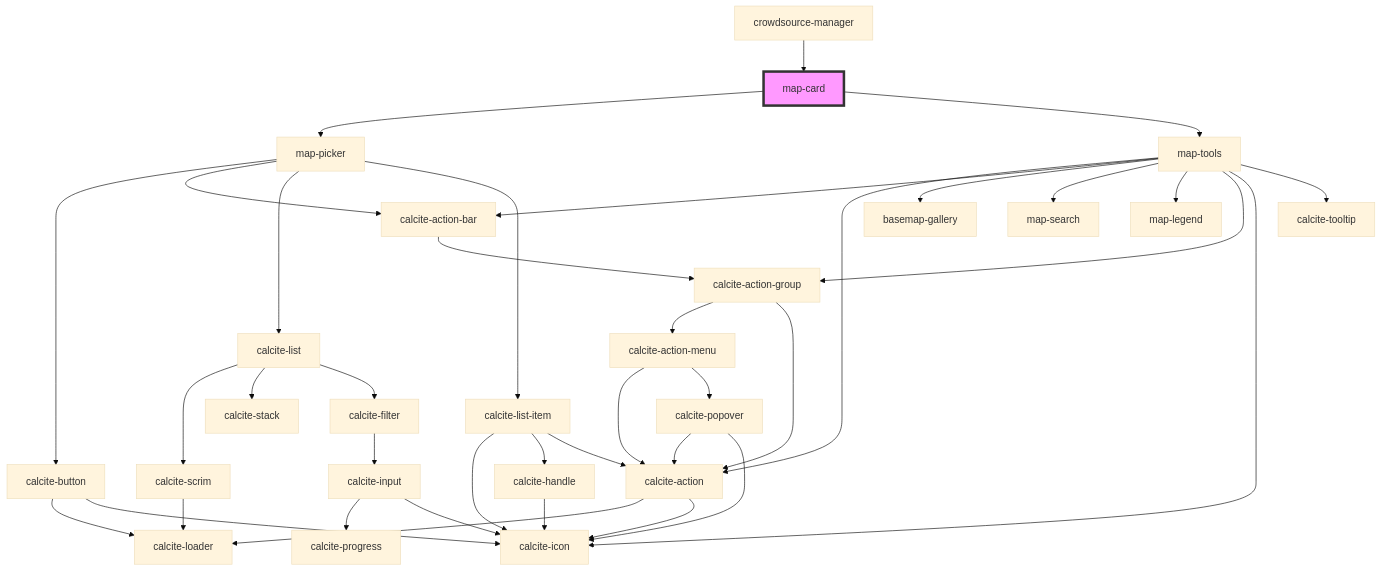
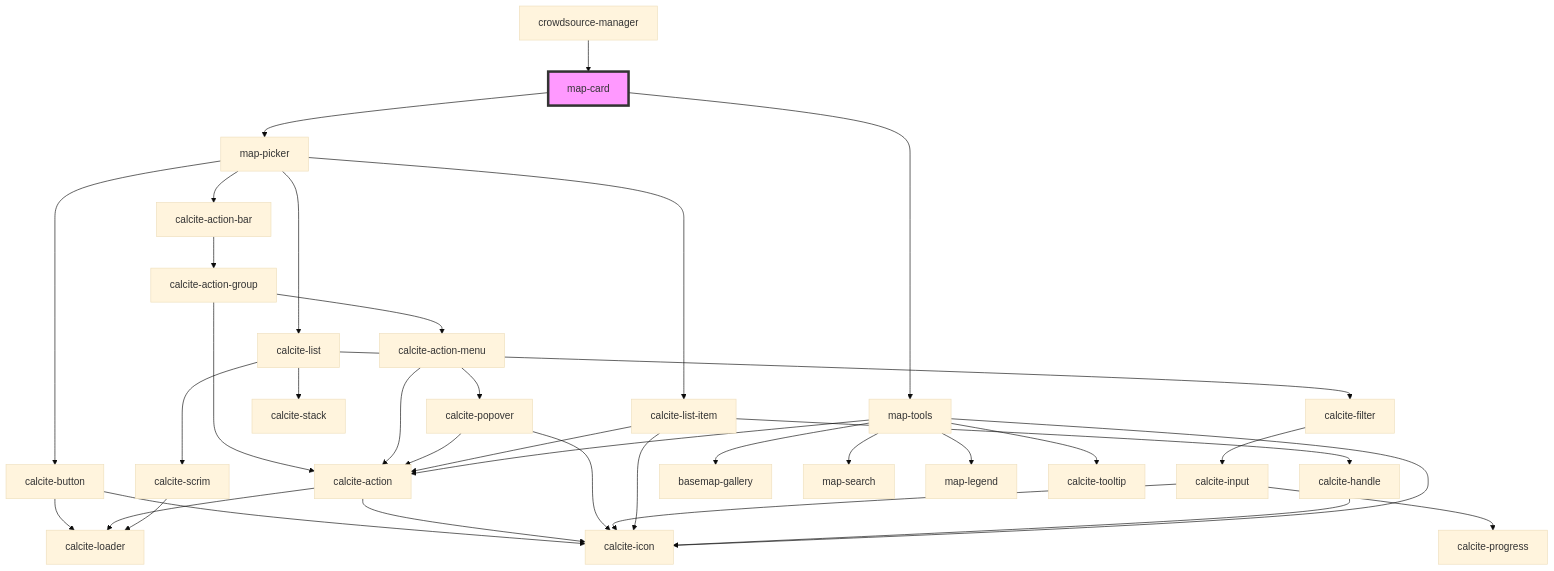
Before and after one commit to Esri/solutions-components: the diagram in src/components/map-card/readme.md, drawn with Mermaid (base theme). The commit also changed 9 other files, not shown here.

Commit message:
fix map-tools and map picker

````diff
--- a/src/components/map-card/readme.md
+++ b/src/components/map-card/readme.md
@@ -35,41 +35,39 @@
 ```mermaid
 graph TD;
   map-card --> map-picker
   map-card --> map-tools
   map-picker --> calcite-button
   map-picker --> calcite-action-bar
   map-picker --> calcite-list
   map-picker --> calcite-list-item
   calcite-button --> calcite-loader
   calcite-button --> calcite-icon
   calcite-action-bar --> calcite-action-group
   calcite-action-group --> calcite-action-menu
   calcite-action-group --> calcite-action
   calcite-action-menu --> calcite-action
   calcite-action-menu --> calcite-popover
   calcite-action --> calcite-loader
   calcite-action --> calcite-icon
   calcite-popover --> calcite-action
   calcite-popover --> calcite-icon
   calcite-list --> calcite-scrim
   calcite-list --> calcite-stack
   calcite-list --> calcite-filter
   calcite-scrim --> calcite-loader
   calcite-filter --> calcite-input
   calcite-input --> calcite-progress
   calcite-input --> calcite-icon
   calcite-list-item --> calcite-icon
   calcite-list-item --> calcite-handle
   calcite-list-item --> calcite-action
   calcite-handle --> calcite-icon
-  map-tools --> calcite-action
-  map-tools --> calcite-action-bar
   map-tools --> basemap-gallery
   map-tools --> map-search
   map-tools --> map-legend
-  map-tools --> calcite-action-group
+  map-tools --> calcite-action
   map-tools --> calcite-icon
   map-tools --> calcite-tooltip
   crowdsource-manager --> map-card
   style map-card fill:#f9f,stroke:#333,stroke-width:4px
 ```
````
